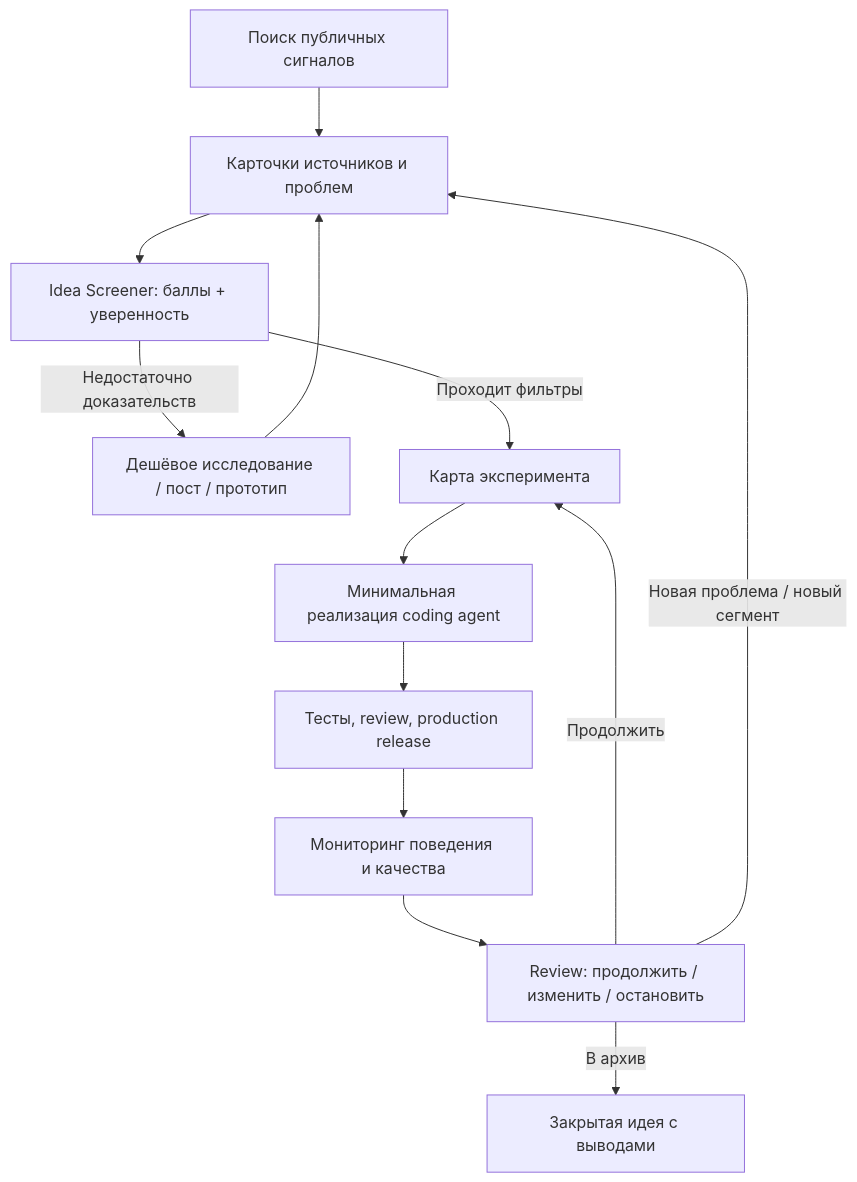
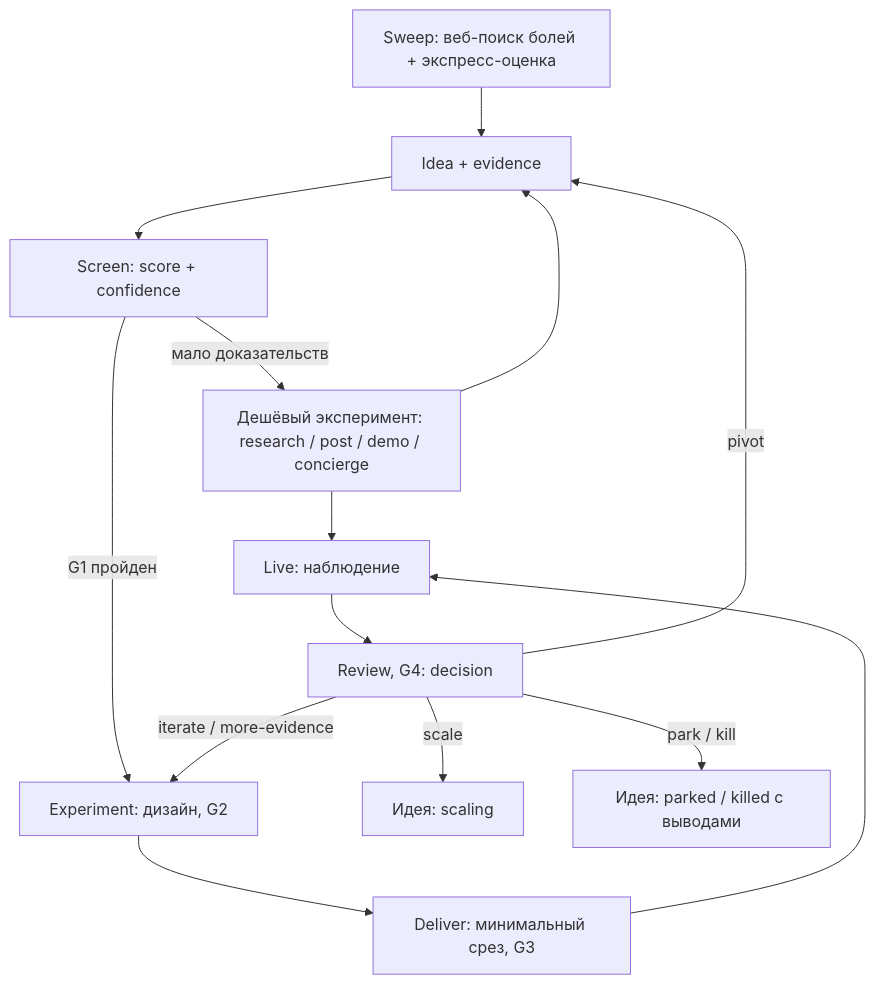
The diagram in README.md (vadimvvlasov/product-lab-system), drawn with Mermaid before and after one commit. The commit also changed other lines of this file and 41 other files, not shown here.

````diff
--- a/README.md
+++ b/README.md
@@ -9,15 +9,16 @@
 ```mermaid
 flowchart TD
-    A[Поиск публичных сигналов] --> B[Карточки источников и проблем]
-    B --> C[Idea Screener: баллы + уверенность]
-    C -->|Недостаточно доказательств| D[Дешёвое исследование / пост / прототип]
+    A[Sweep: веб-поиск болей + экспресс-оценка] --> B[Idea + evidence]
+    B --> C[Screen: score + confidence]
+    C -->|мало доказательств| D[Дешёвый эксперимент: research / post / demo / concierge]
     D --> B
-    C -->|Проходит фильтры| E[Карта эксперимента]
-    E --> F[Минимальная реализация coding agent]
-    F --> G[Тесты, review, production release]
-    G --> H[Мониторинг поведения и качества]
-    H --> I[Review: продолжить / изменить / остановить]
-    I -->|Продолжить| E
-    I -->|Новая проблема / новый сегмент| B
-    I -->|В архив| J[Закрытая идея с выводами]
+    C -->|G1 пройден| E[Experiment: дизайн, G2]
+    E --> F[Deliver: минимальный срез, G3]
+    F --> G[Live: наблюдение]
+    D --> G
+    G --> H[Review, G4: decision]
+    H -->|iterate / more-evidence| E
+    H -->|pivot| B
+    H -->|scale| I[Идея: scaling]
+    H -->|park / kill| J[Идея: parked / killed с выводами]
 ```
````
